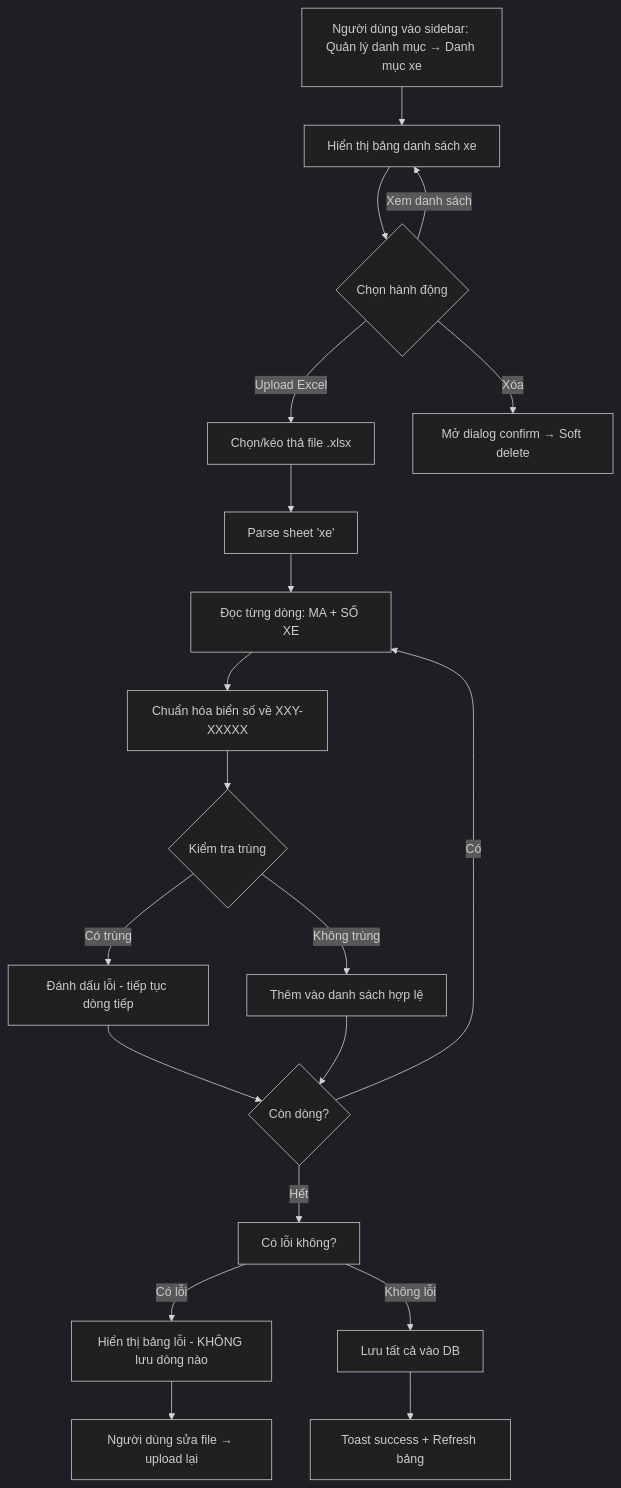
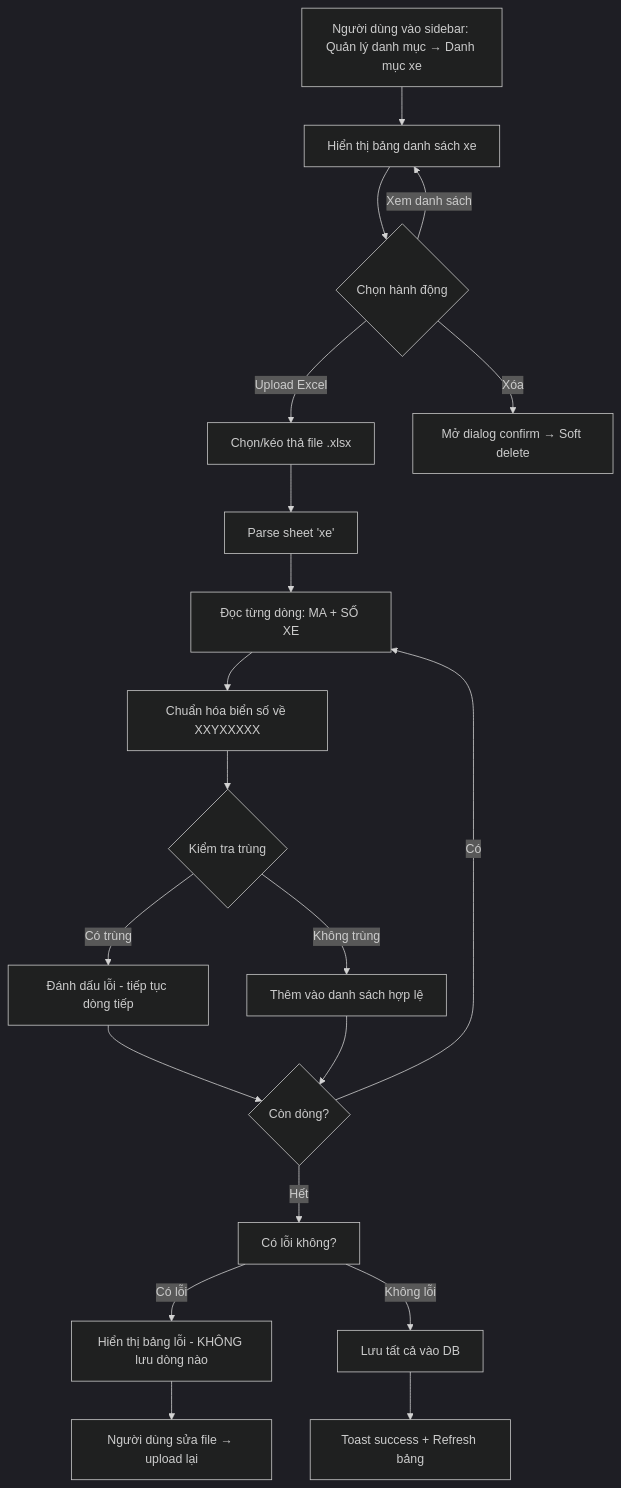
One commit to technewbe09/web_app_phuphatcorp changed the diagram in docs/ba/20260616_vehicle-catalog-analysis.md. Above: the diagram before and after it, drawn with Mermaid (dark theme). The commit also changed other lines of this file and 7 other files, not shown here.

````diff
--- a/docs/ba/20260616_vehicle-catalog-analysis.md
+++ b/docs/ba/20260616_vehicle-catalog-analysis.md
@@ -18,24 +18,24 @@
 ```mermaid
 flowchart TD
     A[Người dùng vào sidebar: Quản lý danh mục → Danh mục xe] --> B[Hiển thị bảng danh sách xe]
     B --> C{Chọn hành động}
     
     C -->|Upload Excel| D[Chọn/kéo thả file .xlsx]
     D --> E[Parse sheet 'xe']
     E --> F[Đọc từng dòng: MA + SỐ XE]
-    F --> G[Chuẩn hóa biển số về XXY-XXXXX]
+    F --> G[Chuẩn hóa biển số về XXYXXXXX]
     G --> H{Kiểm tra trùng}
     H -->|Có trùng| I[Đánh dấu lỗi - tiếp tục dòng tiếp]
     H -->|Không trùng| J[Thêm vào danh sách hợp lệ]
     I --> K{Còn dòng?}
     J --> K
     K -->|Có| F
     K -->|Hết| L[Có lỗi không?]
     L -->|Có lỗi| M[Hiển thị bảng lỗi - KHÔNG lưu dòng nào]
     L -->|Không lỗi| N[Lưu tất cả vào DB]
     M --> O[Người dùng sửa file → upload lại]
     N --> P[Toast success + Refresh bảng]
     
     C -->|Xem danh sách| B
     C -->|Xóa| Q[Mở dialog confirm → Soft delete]
 ```
````
